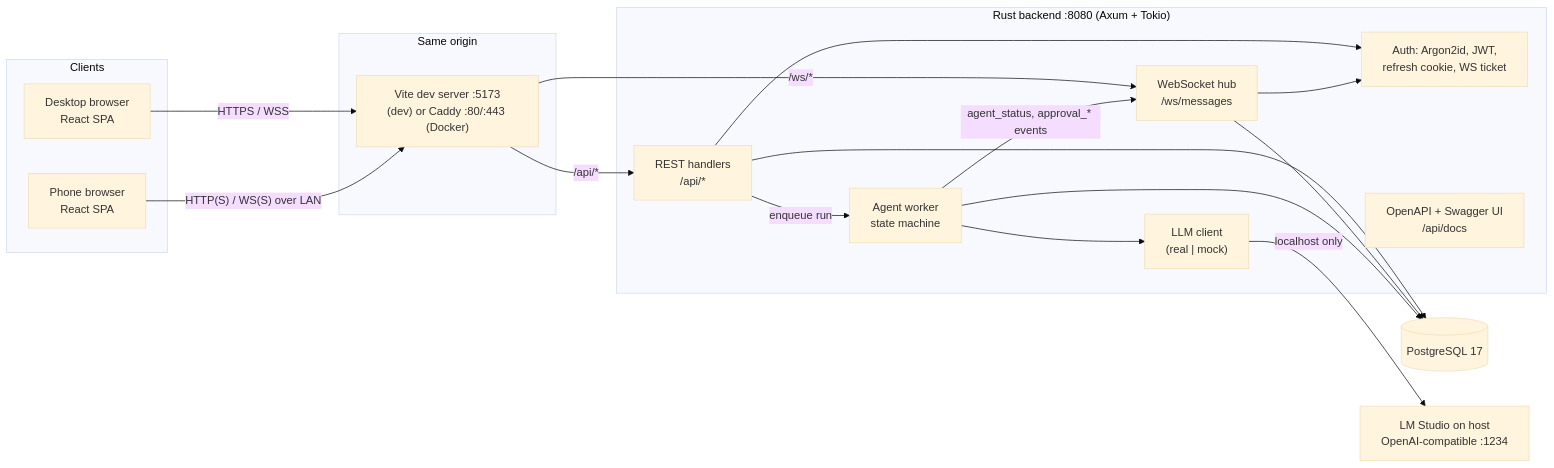
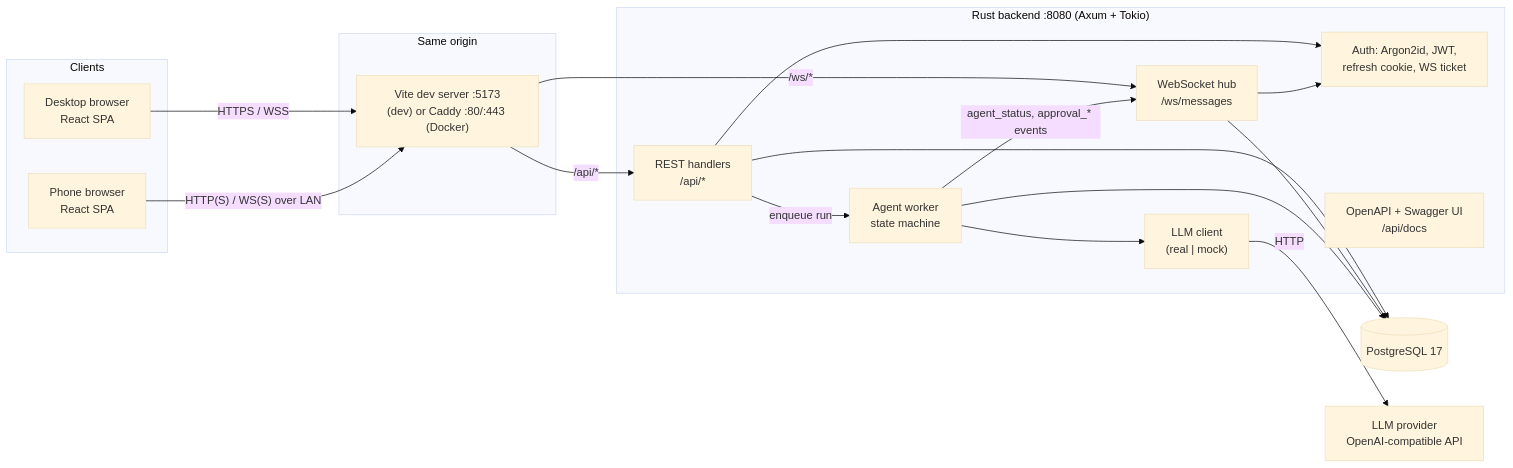
One commit to Daniil-Hirchyts/AgentOps-Control-Center changed the first of 4 diagrams in docs/architecture.md. Above: the diagram before and after it, drawn with Mermaid (base theme). The commit also changed other lines of this file and 2 other files, not shown here.

Commit message:
docs: provider-neutral LLM wording, trim out-of-context details, real module map

````diff
--- a/docs/architecture.md
+++ b/docs/architecture.md
@@ -12,37 +12,37 @@
 ```mermaid
 flowchart LR
     subgraph Clients
         D["Desktop browser<br/>React SPA"]
         P["Phone browser<br/>React SPA"]
     end
 
     subgraph Edge["Same origin"]
         V["Vite dev server :5173<br/>(dev) or Caddy :80/:443 (Docker)"]
     end
 
     subgraph Backend["Rust backend :8080 (Axum + Tokio)"]
         REST["REST handlers<br/>/api/*"]
         WS["WebSocket hub<br/>/ws/messages"]
         AUTH["Auth: Argon2id, JWT,<br/>refresh cookie, WS ticket"]
         WORK["Agent worker<br/>state machine"]
         LLM["LLM client<br/>(real | mock)"]
         DOCS["OpenAPI + Swagger UI<br/>/api/docs"]
     end
 
     DB[("PostgreSQL 17")]
-    LMS["LM Studio on host<br/>OpenAI-compatible :1234"]
+    LMS["LLM provider<br/>OpenAI-compatible API"]
 
     D -- "HTTPS / WSS" --> V
     P -- "HTTP(S) / WS(S) over LAN" --> V
     V -- "/api/*" --> REST
     V -- "/ws/*" --> WS
     REST --> AUTH
     WS --> AUTH
     REST --> DB
     WS --> DB
     REST -- "enqueue run" --> WORK
     WORK --> DB
     WORK --> LLM
-    LLM -- "localhost only" --> LMS
+    LLM -- "HTTP" --> LMS
     WORK -- "agent_status, approval_* events" --> WS
 ```
````
